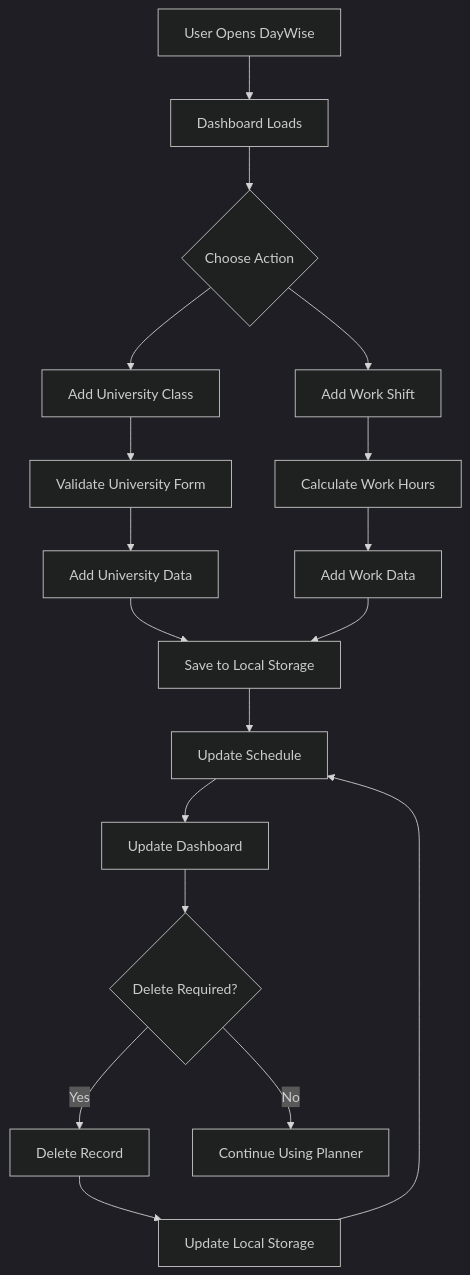
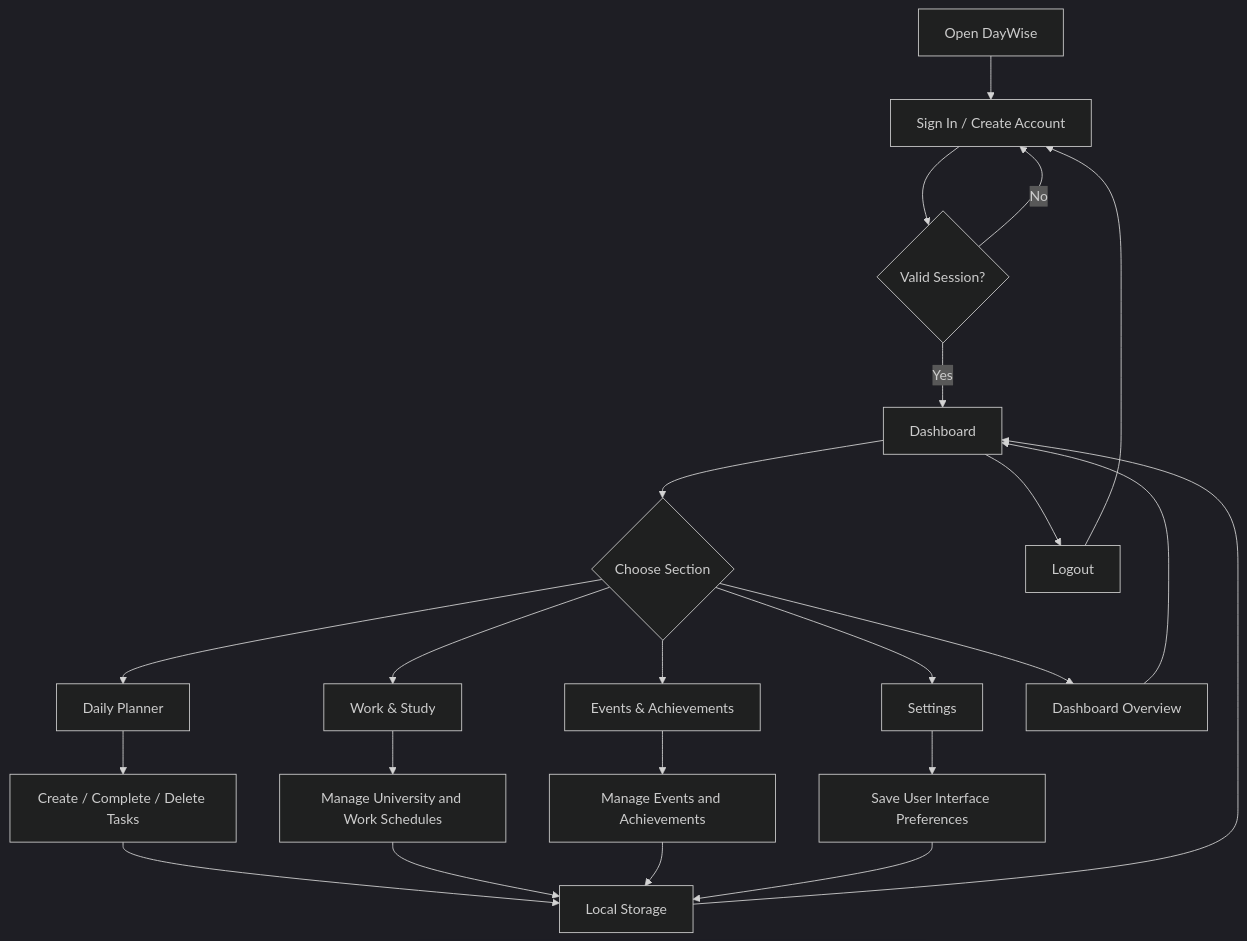
Before and after one commit to prabash0810/Group-A-C.S.D: the second of 4 diagrams in README.md, drawn with Mermaid (dark theme). The commit also changed other lines of this file and 21 other files, not shown here.

Commit message:
Complete DayWise project

````diff
--- a/README.md
+++ b/README.md
@@ -509,30 +503,37 @@
 ```mermaid
 flowchart TD
 
-    A[User Opens DayWise] --> B[Dashboard Loads]
+    START[Open DayWise] --> LOGIN[Sign In / Create Account]
 
-    B --> C{Choose Action}
+    LOGIN --> SESSION{Valid Session?}
 
-    C --> D[Add University Class]
-    C --> E[Add Work Shift]
+    SESSION -->|No| LOGIN
+    SESSION -->|Yes| DASHBOARD[Dashboard]
 
-    D --> F[Validate University Form]
-    E --> G[Calculate Work Hours]
+    DASHBOARD --> CHOICE{Choose Section}
 
-    F --> H[Add University Data]
-    G --> I[Add Work Data]
+    CHOICE --> PLANNER[Daily Planner]
+    CHOICE --> WORK[Work & Study]
+    CHOICE --> EVENTS[Events & Achievements]
+    CHOICE --> SETTINGS[Settings]
+    CHOICE --> OVERVIEW[Dashboard Overview]
 
-    H --> J[Save to Local Storage]
-    I --> J
+    PLANNER --> TASK[Create / Complete / Delete Tasks]
+    TASK --> STORAGE[Local Storage]
 
-    J --> K[Update Schedule]
-    K --> L[Update Dashboard]
+    WORK --> SCHEDULE[Manage University and Work Schedules]
+    SCHEDULE --> STORAGE
 
-    L --> M{Delete Required?}
+    EVENTS --> EVENTACH[Manage Events and Achievements]
+    EVENTACH --> STORAGE
 
-    M -->|Yes| N[Delete Record]
-    M -->|No| O[Continue Using Planner]
+    SETTINGS --> PREFERENCES[Save User Interface Preferences]
+    PREFERENCES --> STORAGE
 
-    N --> P[Update Local Storage]
-    P --> K
+    OVERVIEW --> DASHBOARD
+
+    STORAGE --> DASHBOARD
+
+    DASHBOARD --> LOGOUT[Logout]
+    LOGOUT --> LOGIN
 ```
````
